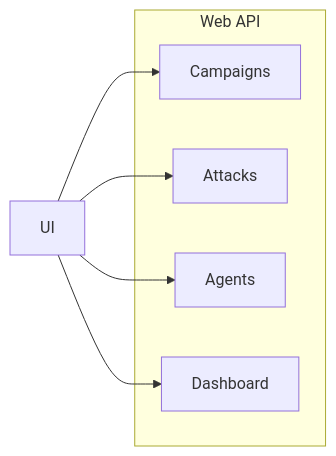
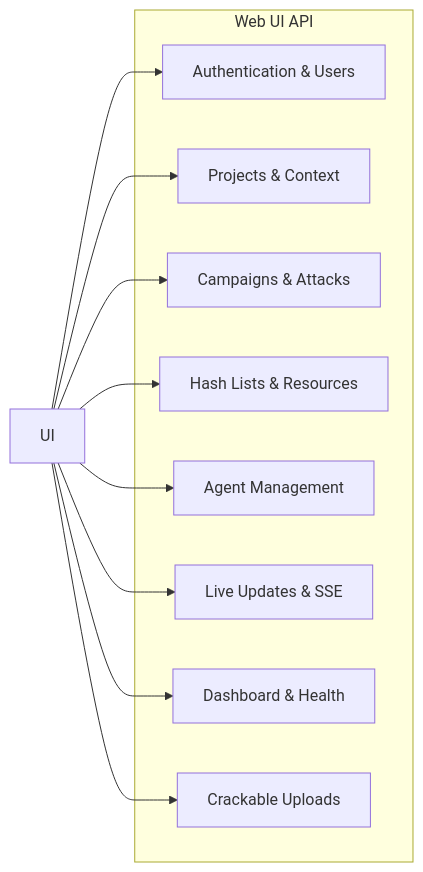
Before and after one commit to unclesp1d3r/CipherSwarm: the second of 6 diagrams in docs/api/overview.md, drawn with Mermaid. The commit also changed other lines of this file and 2 other files, not shown here.

First line of the commit message:
docs(api): update API documentation to reflect recent changes

````diff
--- a/docs/api/overview.md
+++ b/docs/api/overview.md
@@ -44,11 +49,15 @@
 ```mermaid
 graph LR
-    subgraph "Web API"
-        W1[Campaigns]
-        W2[Attacks]
-        W3[Agents]
-        W4[Dashboard]
+    subgraph "Web UI API"
+        W1[Authentication & Users]
+        W2[Projects & Context]
+        W3[Campaigns & Attacks]
+        W4[Hash Lists & Resources]
+        W5[Agent Management]
+        W6[Live Updates & SSE]
+        W7[Dashboard & Health]
+        W8[Crackable Uploads]
     end
 
-    UI --> W1 & W2 & W3 & W4
+    UI --> W1 & W2 & W3 & W4 & W5 & W6 & W7 & W8
 ```
````
